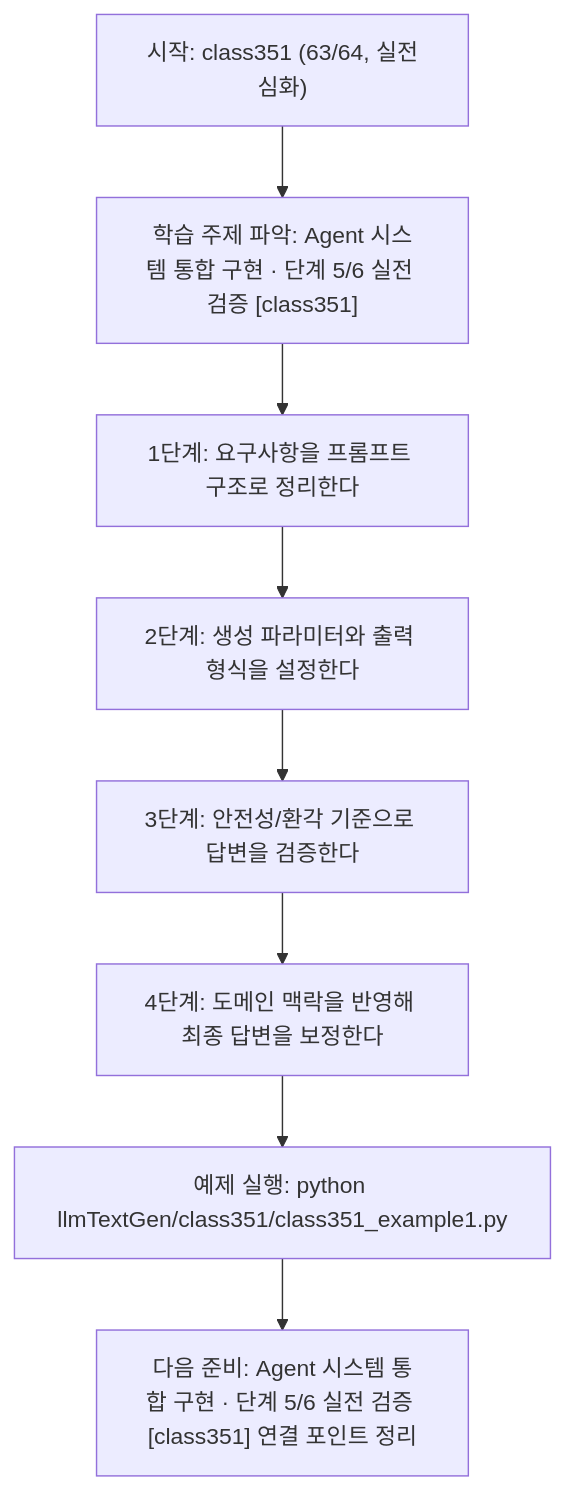
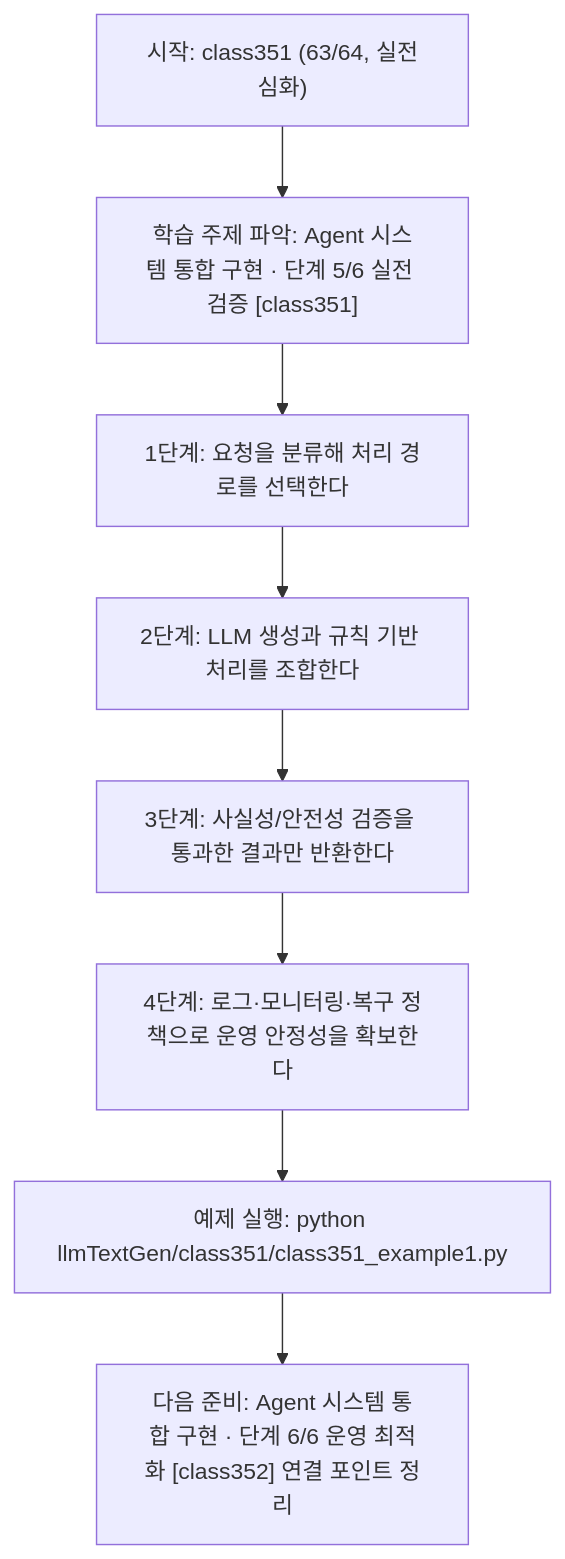
The diagram in llmTextGen/class351/class351.md (edumgt/Python-AI_Agent-Class), drawn with Mermaid before and after one commit. The commit also changed other lines of this file and 451 other files, not shown here.

````diff
--- a/llmTextGen/class351/class351.md
+++ b/llmTextGen/class351/class351.md
@@ -115,18 +95,18 @@
 ```mermaid
 flowchart TD
 N1["시작: class351 (63/64, 실전심화)"]
 N2["학습 주제 파악: Agent 시스템 통합 구현 · 단계 5/6 실전 검증 [class351]"]
-N3["1단계: 요구사항을 프롬프트 구조로 정리한다"]
-N4["2단계: 생성 파라미터와 출력 형식을 설정한다"]
-N5["3단계: 안전성/환각 기준으로 답변을 검증한다"]
-N6["4단계: 도메인 맥락을 반영해 최종 답변을 보정한다"]
+N3["1단계: 요청을 분류해 처리 경로를 선택한다"]
+N4["2단계: LLM 생성과 규칙 기반 처리를 조합한다"]
+N5["3단계: 사실성/안전성 검증을 통과한 결과만 반환한다"]
+N6["4단계: 로그·모니터링·복구 정책으로 운영 안정성을 확보한다"]
 N7["예제 실행: python llmTextGen/class351/class351_example1.py"]
-N8["다음 준비: Agent 시스템 통합 구현 · 단계 5/6 실전 검증 [class351] 연결 포인트 정리"]
+N8["다음 준비: Agent 시스템 통합 구현 · 단계 6/6 운영 최적화 [class352] 연결 포인트 정리"]
 N1 --> N2
 N2 --> N3
 N3 --> N4
 N4 --> N5
 N5 --> N6
 N6 --> N7
 N7 --> N8
 ```
````
